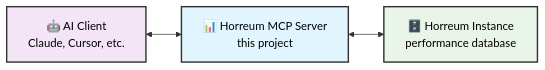
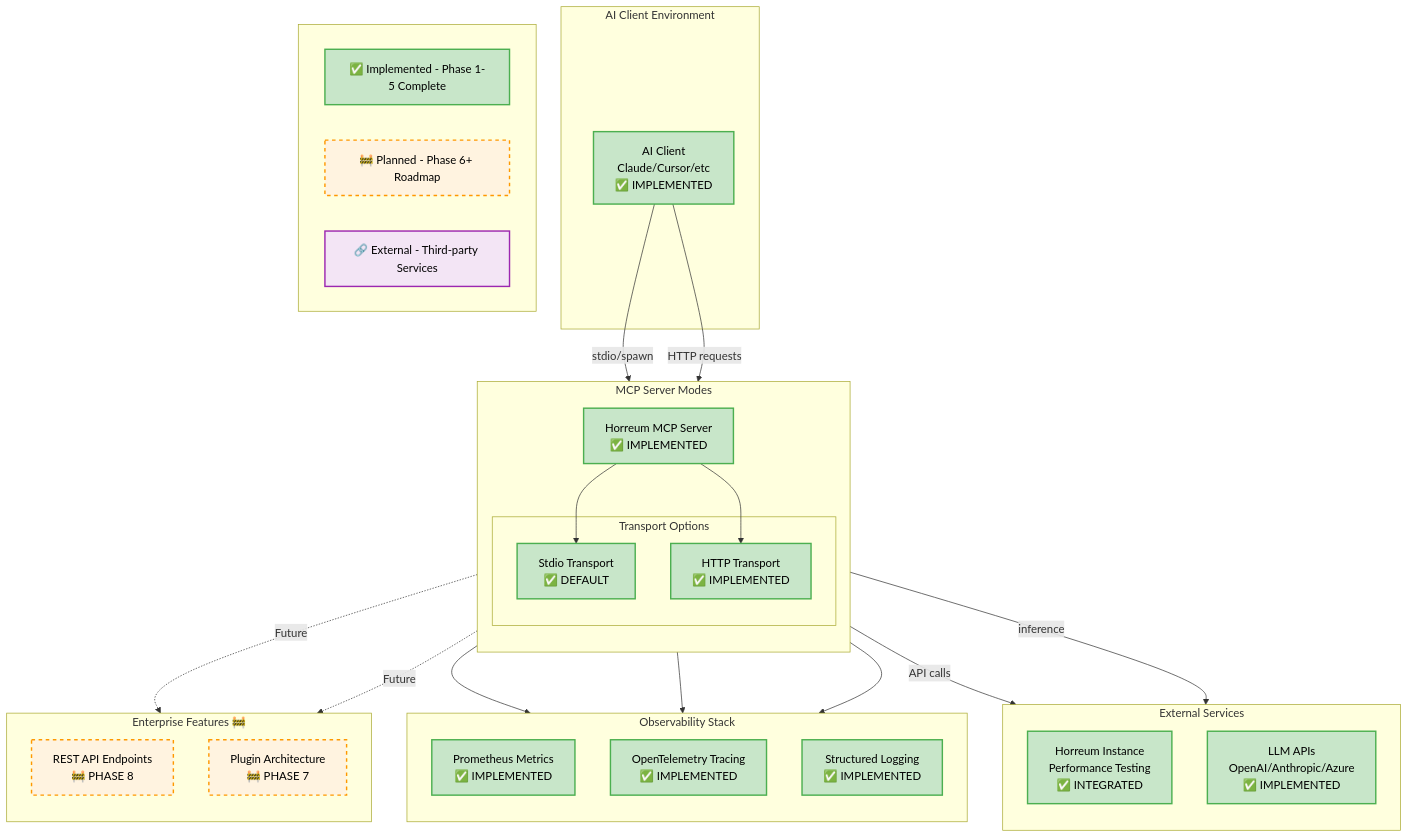
One commit to dustinblack/horreum-mcp changed the first of 4 diagrams in README.md. Above: the diagram before and after it, drawn with Mermaid. The commit also changed other lines of this file, not shown here.

First line of the commit message:
docs: restore valuable architecture information and technical details

````diff
--- a/README.md
+++ b/README.md
@@ -89,13 +98,69 @@
 ```mermaid
-flowchart LR
-    Client[🤖 AI Client<br/>Claude, Cursor, etc.]
-    MCP[📊 Horreum MCP Server<br/>this project]
-    Horreum[🗄️ Horreum Instance<br/>performance database]
+graph TB
+    subgraph "AI Client Environment"
+        AI[AI Client<br/>Claude/Cursor/etc<br/>✅ IMPLEMENTED]
+    end
 
-    Client <--> MCP
-    MCP <--> Horreum
+    subgraph "MCP Server Modes"
+        direction TB
+        MCP[Horreum MCP Server<br/>✅ IMPLEMENTED]
 
-    style MCP fill:#e1f5fe,stroke:#333,stroke-width:2px,color:#000
-    style Client fill:#f3e5f5,stroke:#333,stroke-width:2px,color:#000
-    style Horreum fill:#e8f5e8,stroke:#333,stroke-width:2px,color:#000
+        subgraph "Transport Options"
+            STDIO[Stdio Transport<br/>✅ DEFAULT]
+            HTTP[HTTP Transport<br/>✅ IMPLEMENTED]
+        end
+
+        MCP --> STDIO
+        MCP --> HTTP
+    end
+
+    subgraph "External Services"
+        direction TB
+        HORREUM[Horreum Instance<br/>Performance Testing<br/>✅ INTEGRATED]
+        LLM[LLM APIs<br/>OpenAI/Anthropic/Azure<br/>✅ IMPLEMENTED]
+    end
+
+    subgraph "Observability Stack"
+        direction TB
+        PROM[Prometheus Metrics<br/>✅ IMPLEMENTED]
+        OTEL[OpenTelemetry Tracing<br/>✅ IMPLEMENTED]
+        LOGS[Structured Logging<br/>✅ IMPLEMENTED]
+    end
+
+    AI -->|stdio/spawn| STDIO
+    AI -->|HTTP requests| HTTP
+    MCP -->|API calls| HORREUM
+    HTTP -->|inference| LLM
+    MCP --> PROM
+    MCP --> OTEL
+    MCP --> LOGS
+
+    classDef implemented fill:#c8e6c9,stroke:#4caf50,stroke-width:2px,color:#000000
+    classDef planned fill:#fff3e0,stroke:#ff9800,stroke-width:2px,stroke-dasharray: 5 5,color:#000000
+    classDef external fill:#f3e5f5,stroke:#9c27b0,stroke-width:2px,color:#000000
+
+    class AI,STDIO,MCP,HORREUM,PROM,OTEL,LOGS,HTTP,LLM implemented
+
+    %% Future Enhancements (Phase 6+)
+    subgraph "Enterprise Features 🚧"
+        direction TB
+        REST[REST API Endpoints<br/>🚧 PHASE 8]
+        PLUGIN[Plugin Architecture<br/>🚧 PHASE 7]
+    end
+
+    HTTP -.->|"Future"| REST
+    MCP -.->|"Future"| PLUGIN
+
+    class REST,PLUGIN planned
+
+    %% Legend
+    subgraph Legend[" "]
+        L1[✅ Implemented - Phase 1-5 Complete]
+        L2[🚧 Planned - Phase 6+ Roadmap]
+        L3[🔗 External - Third-party Services]
+    end
+
+    class L1 implemented
+    class L2 planned
+    class L3 external
 ```
````
